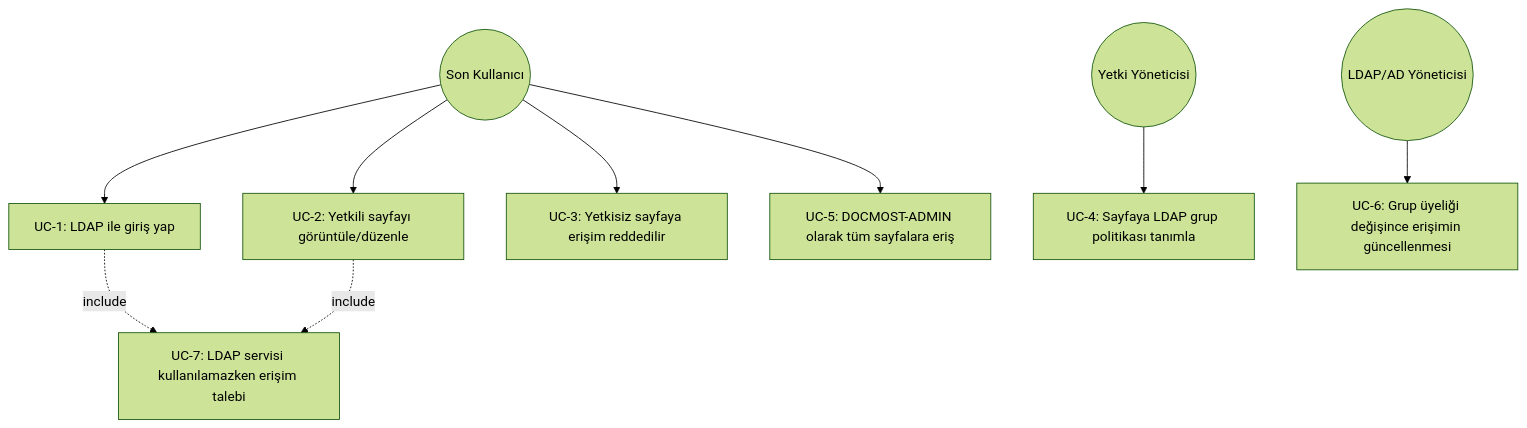
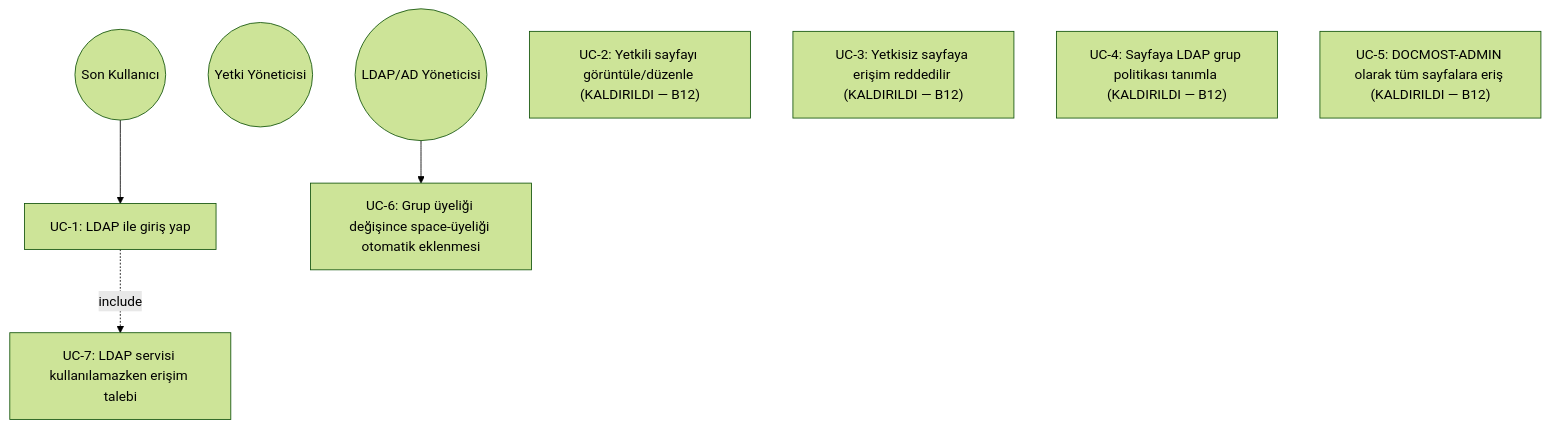
Before and after one commit to farukonder-ingtr/docmost: the seventh of 7 diagrams in ingwiki/spec/03-final-architecture-and-use-cases.md, drawn with Mermaid (forest theme). The commit also changed other lines of this file and 40 other files, not shown here.

````diff
--- a/ingwiki/spec/03-final-architecture-and-use-cases.md
+++ b/ingwiki/spec/03-final-architecture-and-use-cases.md
@@ -226,23 +177,18 @@
 ```mermaid
 graph TB
     actor1((Son Kullanıcı))
     actor2((Yetki Yöneticisi))
     actor3((LDAP/AD Yöneticisi))
 
     UC1[UC-1: LDAP ile giriş yap]
-    UC2[UC-2: Yetkili sayfayı görüntüle/düzenle]
-    UC3[UC-3: Yetkisiz sayfaya erişim reddedilir]
-    UC4[UC-4: Sayfaya LDAP grup politikası tanımla]
-    UC5[UC-5: DOCMOST-ADMIN olarak tüm sayfalara eriş]
-    UC6[UC-6: Grup üyeliği değişince erişimin güncellenmesi]
+    UC2["UC-2: Yetkili sayfayı görüntüle/düzenle (KALDIRILDI — B12)"]
+    UC3["UC-3: Yetkisiz sayfaya erişim reddedilir (KALDIRILDI — B12)"]
+    UC4["UC-4: Sayfaya LDAP grup politikası tanımla (KALDIRILDI — B12)"]
+    UC5["UC-5: DOCMOST-ADMIN olarak tüm sayfalara eriş (KALDIRILDI — B12)"]
+    UC6[UC-6: Grup üyeliği değişince space-üyeliği otomatik eklenmesi]
     UC7[UC-7: LDAP servisi kullanılamazken erişim talebi]
 
     actor1 --> UC1
-    actor1 --> UC2
-    actor1 --> UC3
-    actor1 --> UC5
-    actor2 --> UC4
     actor3 --> UC6
     UC1 -.include.-> UC7
-    UC2 -.include.-> UC7
 ```
````
